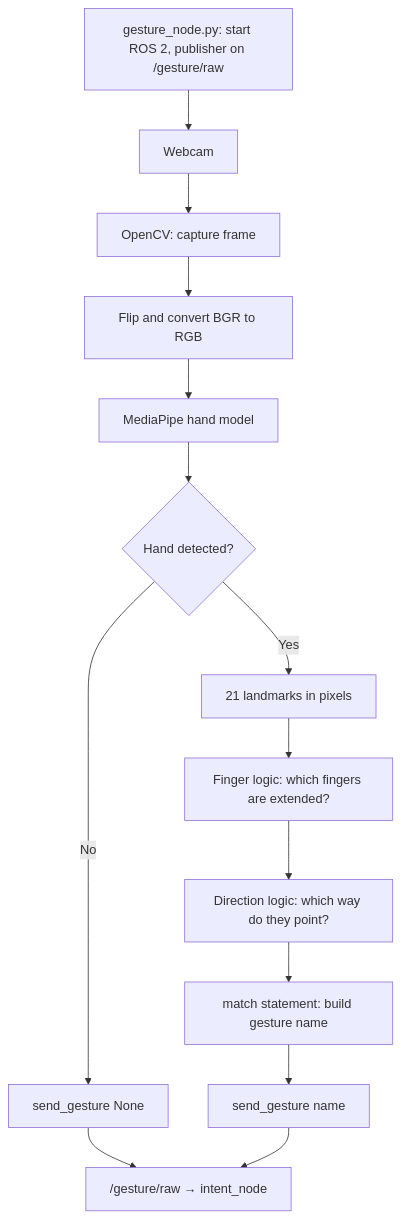
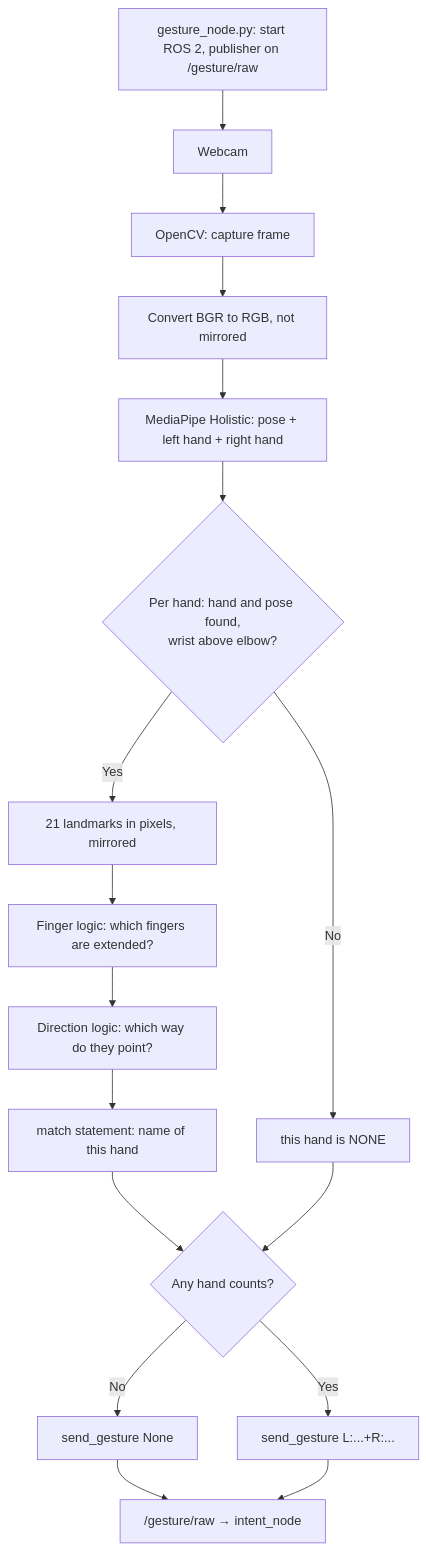
Before and after one commit to SEAME-pt/SEA-ME_Team1_ROSRangers: the second of 3 diagrams in docs/PraticalPlan/06 Gestures/02 Gesture Node.md, drawn with Mermaid. The commit also changed other lines of this file and 11 other files, not shown here.

````diff
--- a/docs/PraticalPlan/06 Gestures/02 Gesture Node.md
+++ b/docs/PraticalPlan/06 Gestures/02 Gesture Node.md
@@ -110,16 +104,19 @@
 ```mermaid
 graph TD
     R[gesture_node.py: start ROS 2, publisher on /gesture/raw] --> A
     A[Webcam] --> B[OpenCV: capture frame]
-    B --> C[Flip and convert BGR to RGB]
-    C --> D[MediaPipe hand model]
-    D --> E{Hand detected?}
-    E -- No --> S[send_gesture None]
-    E -- Yes --> F[21 landmarks in pixels]
+    B --> C[Convert BGR to RGB, not mirrored]
+    C --> D[MediaPipe Holistic: pose + left hand + right hand]
+    D --> E{"Per hand: hand and pose found,<br/>wrist above elbow?"}
+    E -- No --> X[this hand is NONE]
+    E -- Yes --> F[21 landmarks in pixels, mirrored]
     F --> G[Finger logic: which fingers are extended?]
     G --> H[Direction logic: which way do they point?]
-    H --> I[match statement: build gesture name]
-    I --> S2[send_gesture name]
+    H --> I[match statement: name of this hand]
+    I --> K
+    X --> K{"Any hand counts?"}
+    K -- No --> S[send_gesture None]
+    K -- Yes --> S2["send_gesture L:...+R:..."]
     S --> N["/gesture/raw → intent_node"]
     S2 --> N
 ```
````
